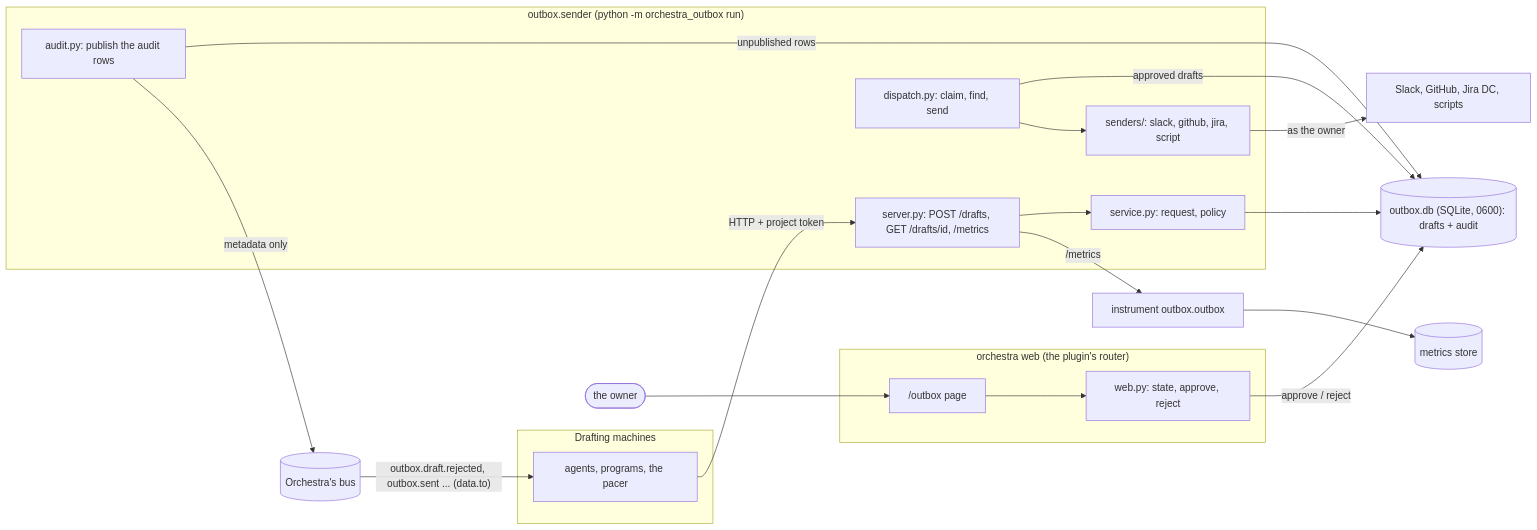
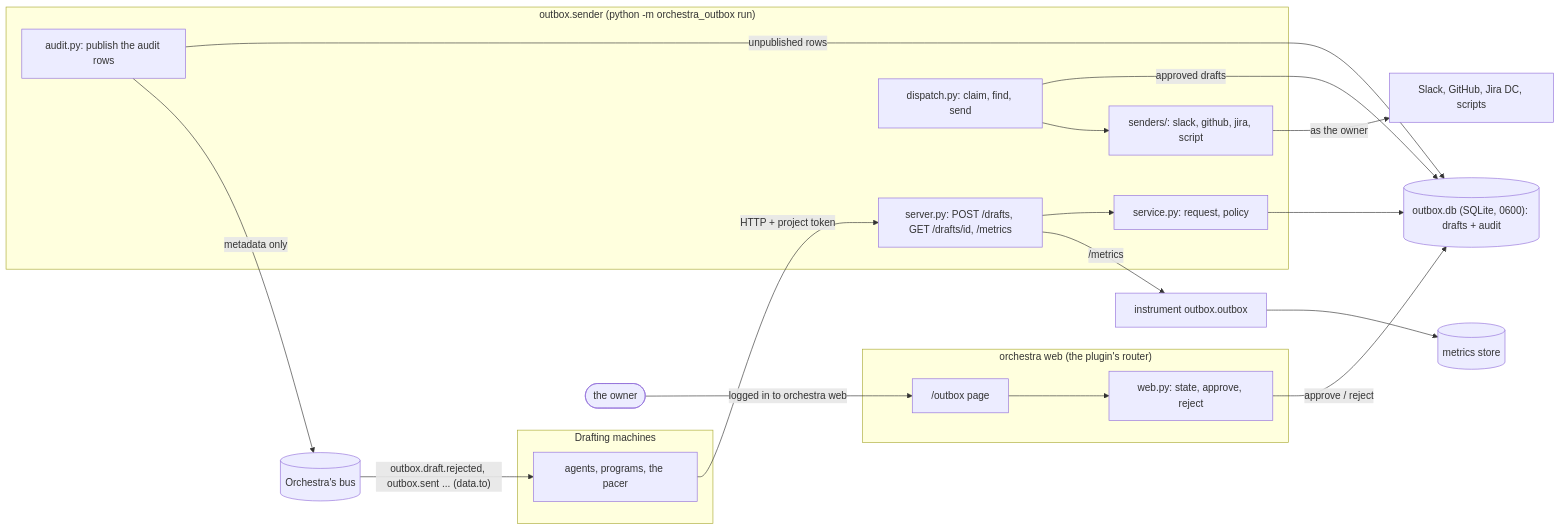
The first of 2 diagrams in ARCHITECTURE.md (danroblewis/orchestra-outbox), drawn with Mermaid before and after one commit. The commit also changed 8 other files, not shown here.

First line of the commit message:
The approval page is behind Orchestra's web login

````diff
--- a/ARCHITECTURE.md
+++ b/ARCHITECTURE.md
@@ -7,31 +7,31 @@
 ```mermaid
 flowchart LR
     subgraph drafters["Drafting machines"]
         W["agents, programs, the pacer"]
     end
     subgraph machine["outbox.sender (python -m orchestra_outbox run)"]
         API["server.py: POST /drafts, GET /drafts/id, /metrics"]
         SVC["service.py: request, policy"]
         DIS["dispatch.py: claim, find, send"]
         AUD["audit.py: publish the audit rows"]
         SND["senders/: slack, github, jira, script"]
     end
     subgraph web["orchestra web (the plugin's router)"]
         PAGE["/outbox page"]
         WAPI["web.py: state, approve, reject"]
     end
     DB[("outbox.db (SQLite, 0600): drafts + audit")]
     BUS[("Orchestra's bus")]
     STORE[("metrics store")]
     EXT["Slack, GitHub, Jira DC, scripts"]
     OWNER(["the owner"])
 
     W -- "HTTP + project token" --> API --> SVC --> DB
-    OWNER --> PAGE --> WAPI -- "approve / reject" --> DB
+    OWNER -- "logged in to orchestra web" --> PAGE --> WAPI -- "approve / reject" --> DB
     DIS -- "approved drafts" --> DB
     DIS --> SND -- "as the owner" --> EXT
     AUD -- "unpublished rows" --> DB
     AUD -- "metadata only" --> BUS
     BUS -- "outbox.draft.rejected, outbox.sent ... (data.to)" --> W
     API -- "/metrics" --> INSTR["instrument outbox.outbox"] --> STORE
 ```
````
